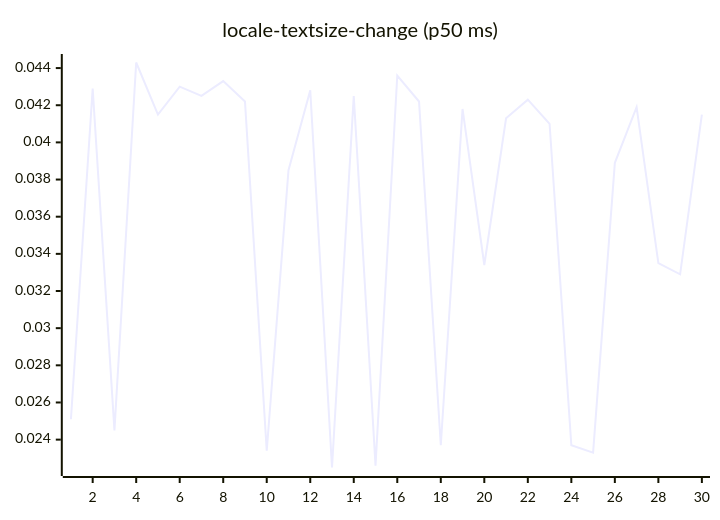
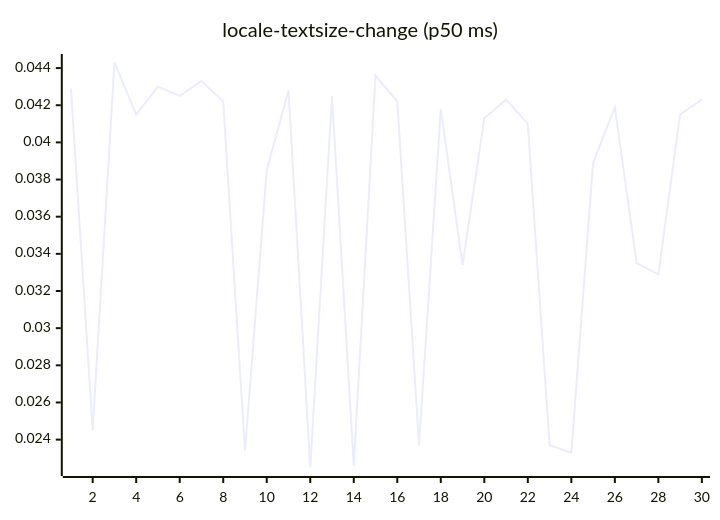
Diagram 13 of 27 in README.md (josha/Facet), drawn with Mermaid before and after one commit. The commit also changed other lines of this file and 2 other files, not shown here.

````diff
--- a/README.md
+++ b/README.md
@@ -147,6 +147,6 @@
 ```mermaid
 xychart-beta
     title "locale-textsize-change (p50 ms)"
     x-axis 1 --> 30
-    line [0.0251, 0.0429, 0.0245, 0.0443, 0.0415, 0.0430, 0.0425, 0.0433, 0.0422, 0.0234, 0.0385, 0.0428, 0.0225, 0.0425, 0.0226, 0.0436, 0.0422, 0.0237, 0.0418, 0.0334, 0.0413, 0.0423, 0.0410, 0.0237, 0.0233, 0.0389, 0.0419, 0.0335, 0.0329, 0.0415]
+    line [0.0429, 0.0245, 0.0443, 0.0415, 0.0430, 0.0425, 0.0433, 0.0422, 0.0234, 0.0385, 0.0428, 0.0225, 0.0425, 0.0226, 0.0436, 0.0422, 0.0237, 0.0418, 0.0334, 0.0413, 0.0423, 0.0410, 0.0237, 0.0233, 0.0389, 0.0419, 0.0335, 0.0329, 0.0415, 0.0423]
 ```
````
